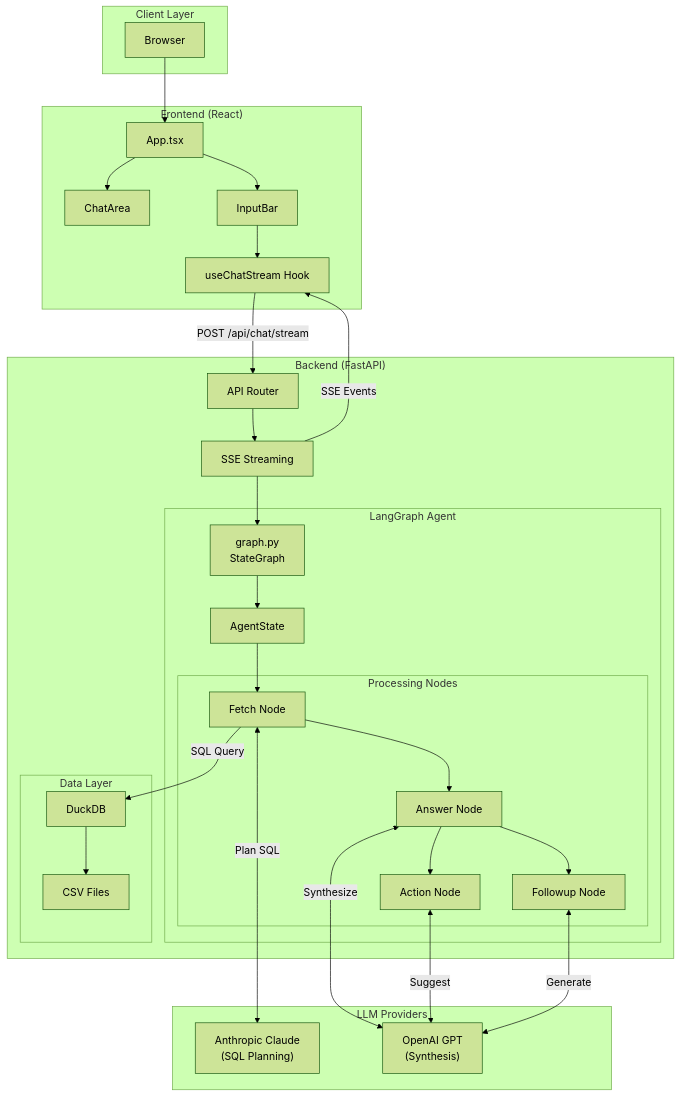
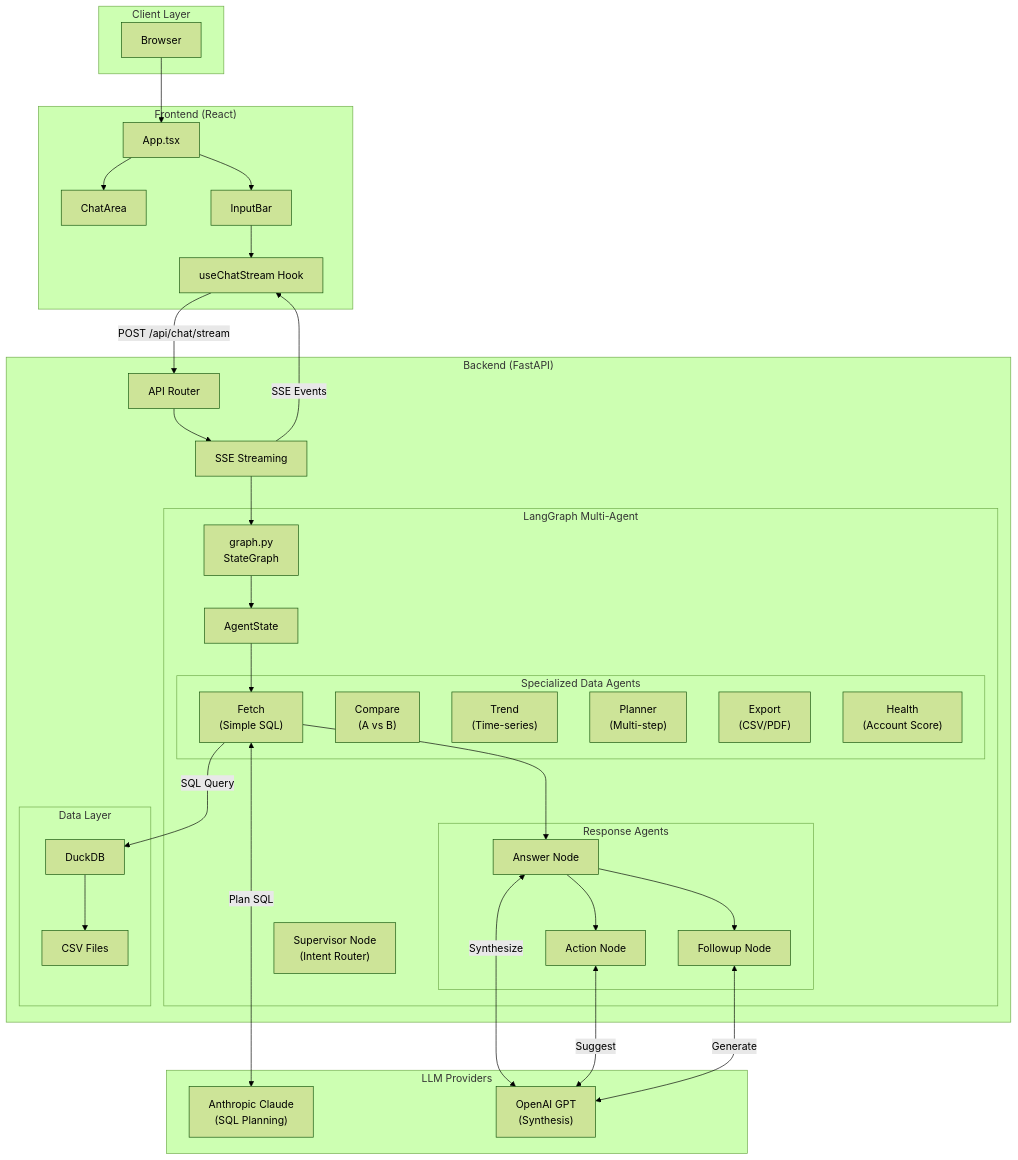
The first of 3 diagrams in docs/ARCHITECTURE.md (sazzad-kamal/acme-crm-ai-companion), drawn with Mermaid (forest theme) before and after one commit. The commit also changed other lines of this file and 30 other files, not shown here.

First line of the commit message:
feat: implement multi-agent architecture with 5 specialized agents

````diff
--- a/docs/ARCHITECTURE.md
+++ b/docs/ARCHITECTURE.md
@@ -11,60 +16,69 @@
 ```mermaid
 flowchart TB
     subgraph Client["Client Layer"]
         Browser["Browser"]
     end
 
     subgraph Frontend["Frontend (React)"]
         App["App.tsx"]
         ChatArea["ChatArea"]
         InputBar["InputBar"]
         Hook["useChatStream Hook"]
     end
 
     subgraph Backend["Backend (FastAPI)"]
         Router["API Router"]
         Streaming["SSE Streaming"]
 
-        subgraph Agent["LangGraph Agent"]
+        subgraph Agent["LangGraph Multi-Agent"]
             Graph["graph.py<br/>StateGraph"]
             State["AgentState"]
+            Supervisor["Supervisor Node<br/>(Intent Router)"]
 
-            subgraph Nodes["Processing Nodes"]
-                FetchNode["Fetch Node"]
+            subgraph DataAgents["Specialized Data Agents"]
+                FetchNode["Fetch<br/>(Simple SQL)"]
+                CompareNode["Compare<br/>(A vs B)"]
+                TrendNode["Trend<br/>(Time-series)"]
+                PlannerNode["Planner<br/>(Multi-step)"]
+                ExportNode["Export<br/>(CSV/PDF)"]
+                HealthNode["Health<br/>(Account Score)"]
+            end
+
+            subgraph ResponseAgents["Response Agents"]
                 AnswerNode["Answer Node"]
                 ActionNode["Action Node"]
                 FollowupNode["Followup Node"]
             end
         end
 
         subgraph Data["Data Layer"]
             DuckDB["DuckDB"]
             CSV["CSV Files"]
         end
     end
 
     subgraph LLMs["LLM Providers"]
         Claude["Anthropic Claude<br/>(SQL Planning)"]
         GPT["OpenAI GPT<br/>(Synthesis)"]
     end
 
     Browser --> App
     App --> ChatArea
     App --> InputBar
     InputBar --> Hook
     Hook -->|"POST /api/chat/stream"| Router
     Router --> Streaming
     Streaming --> Graph
     Graph --> State
     State --> FetchNode
     FetchNode -->|"SQL Query"| DuckDB
     DuckDB --> CSV
     FetchNode --> AnswerNode
     AnswerNode --> ActionNode
     AnswerNode --> FollowupNode
     FetchNode <-->|"Plan SQL"| Claude
     AnswerNode <-->|"Synthesize"| GPT
     ActionNode <-->|"Suggest"| GPT
     FollowupNode <-->|"Generate"| GPT
     Streaming -->|"SSE Events"| Hook
 ```
````
